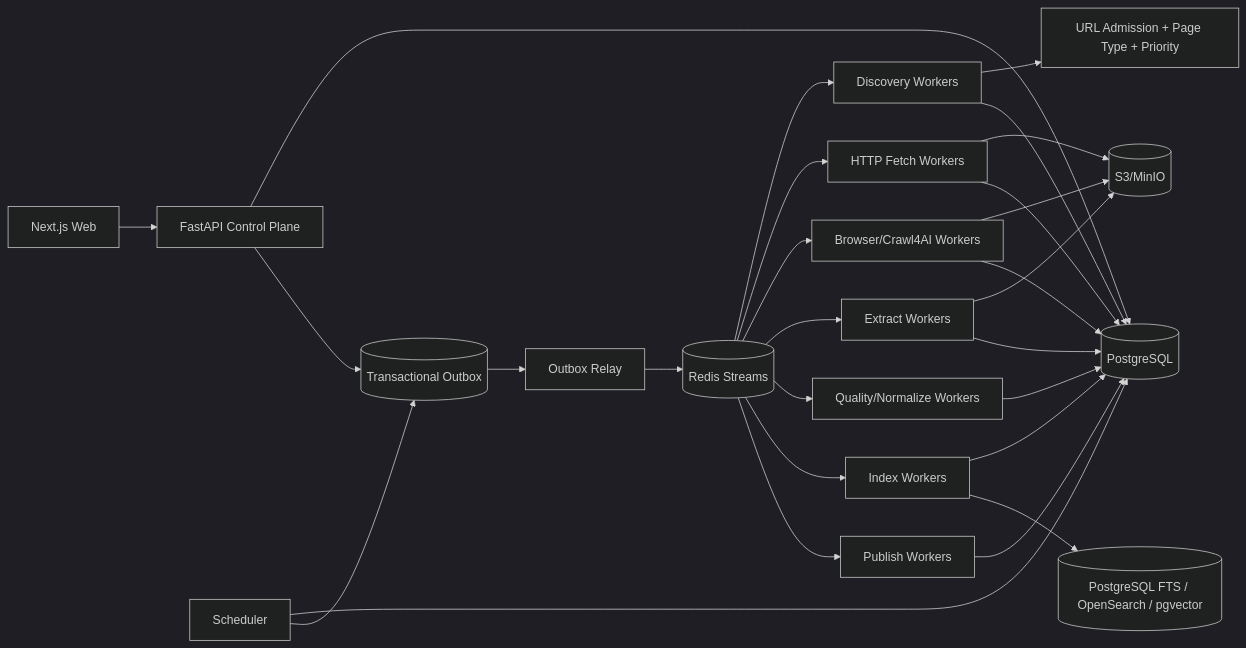
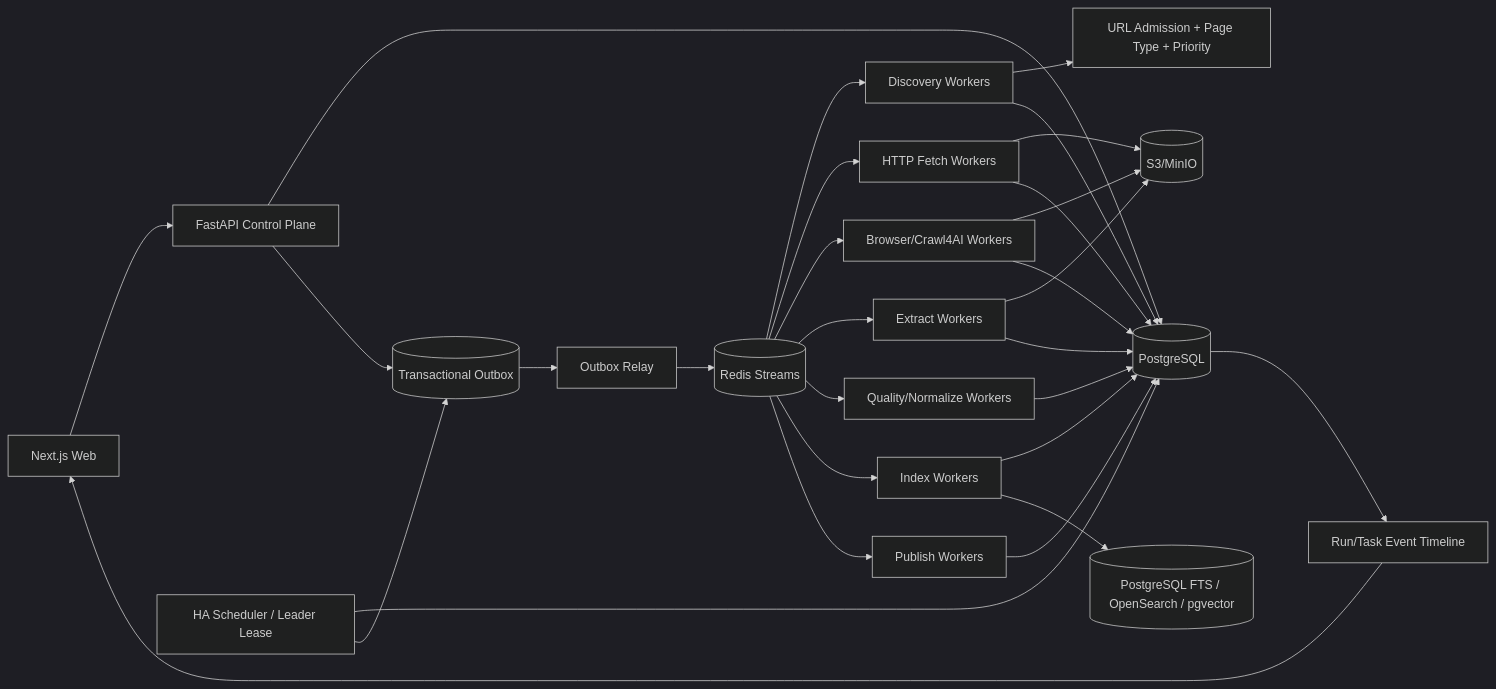
One commit to WorkerXu/my-doc changed the diagram in 博客知识库技术方案.md. Above: the diagram before and after it, drawn with Mermaid (dark theme). The commit also changed other lines of this file and 2 other files, not shown here.

````diff
--- a/博客知识库技术方案.md
+++ b/博客知识库技术方案.md
@@ -38,32 +40,36 @@
 ```mermaid
 flowchart LR
     UI[Next.js Web] --> API[FastAPI Control Plane]
     API --> PG[(PostgreSQL)]
     API --> OUT[(Transactional Outbox)]
-    SCHED[Scheduler] --> PG
+
+    SCHED[HA Scheduler / Leader Lease] --> PG
     SCHED --> OUT
     OUT --> RELAY[Outbox Relay]
     RELAY --> Q[(Redis Streams)]
 
     Q --> DW[Discovery Workers]
     Q --> HF[HTTP Fetch Workers]
     Q --> BW[Browser/Crawl4AI Workers]
     Q --> EX[Extract Workers]
     Q --> QW[Quality/Normalize Workers]
     Q --> IW[Index Workers]
     Q --> PW[Publish Workers]
 
     DW --> GATE[URL Admission + Page Type + Priority]
     HF --> OBJ[(S3/MinIO)]
     BW --> OBJ
     EX --> OBJ
+
     DW --> PG
     HF --> PG
     BW --> PG
     EX --> PG
     QW --> PG
     IW --> PG
     PW --> PG
 
     IW --> SEARCH[(PostgreSQL FTS / OpenSearch / pgvector)]
+    PG --> EVT[Run/Task Event Timeline]
+    EVT --> UI
 ```
````
